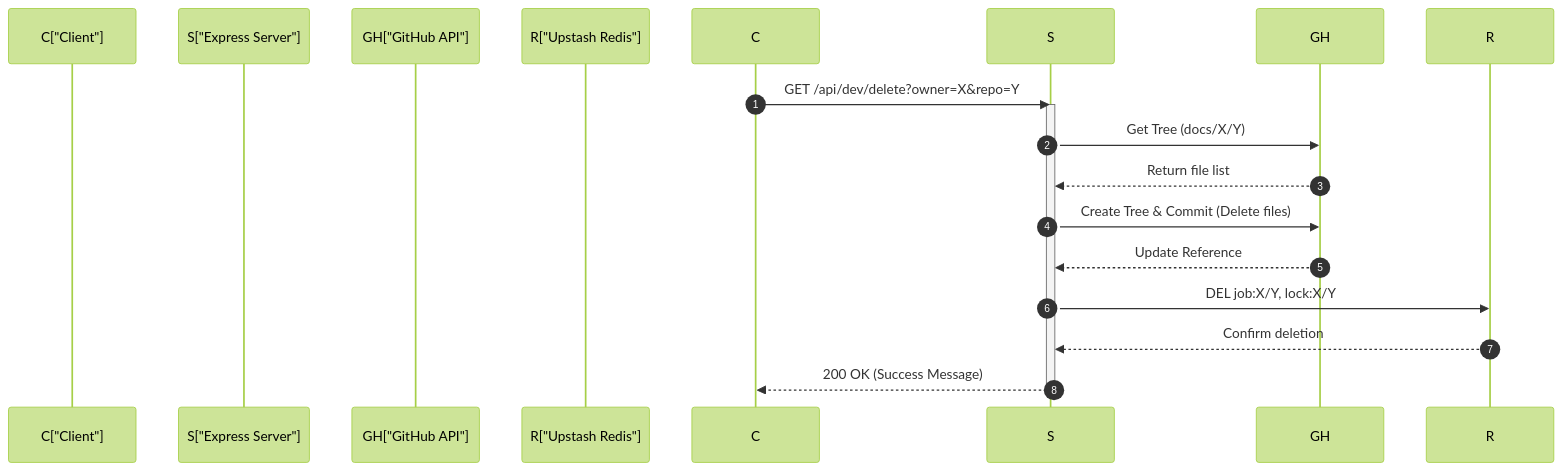
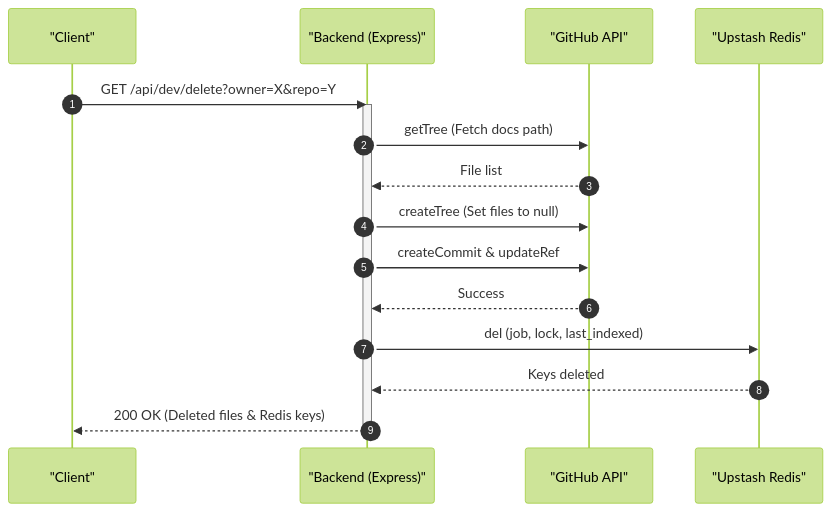
One commit to shinymacktest/gitdex-docs changed the second of 2 diagrams in docs/shinymack/gitdex/2_system-architecture.mdx. Above: the diagram before and after it, drawn with Mermaid (forest theme). The commit also changed other lines of this file and 17 other files, not shown here.

````diff
--- a/docs/shinymack/gitdex/2_system-architecture.mdx
+++ b/docs/shinymack/gitdex/2_system-architecture.mdx
@@ -61,19 +49,20 @@
 ```mermaid
 sequenceDiagram
     autonumber
-    participant C["Client"]
-    participant S["Express Server"]
-    participant GH["GitHub API"]
-    participant R["Upstash Redis"]
+    participant C as "Client"
+    participant B as "Backend (Express)"
+    participant G as "GitHub API"
+    participant R as "Upstash Redis"
 
-    C ->> S: GET /api/dev/delete?owner=X&repo=Y
-    activate S
-    S ->> GH: Get Tree (docs/X/Y)
-    GH -->> S: Return file list
-    S ->> GH: Create Tree & Commit (Delete files)
-    GH -->> S: Update Reference
-    S ->> R: DEL job:X/Y, lock:X/Y
-    R -->> S: Confirm deletion
-    S -->> C: 200 OK (Success Message)
-    deactivate S
+    C ->> B: GET /api/dev/delete?owner=X&repo=Y
+    activate B
+    B ->> G: getTree (Fetch docs path)
+    G -->> B: File list
+    B ->> G: createTree (Set files to null)
+    B ->> G: createCommit & updateRef
+    G -->> B: Success
+    B ->> R: del (job, lock, last_indexed)
+    R -->> B: Keys deleted
+    B -->> C: 200 OK (Deleted files & Redis keys)
+    deactivate B
 ```
````
